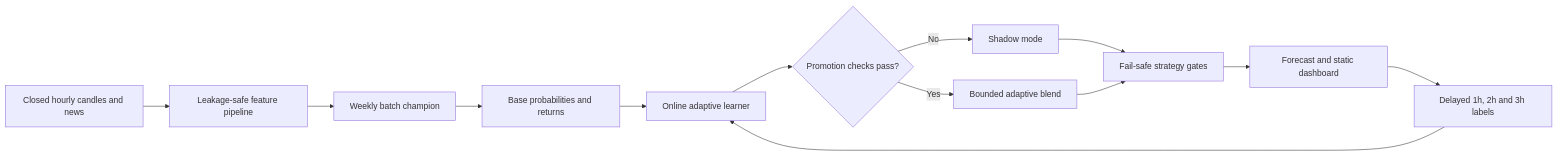
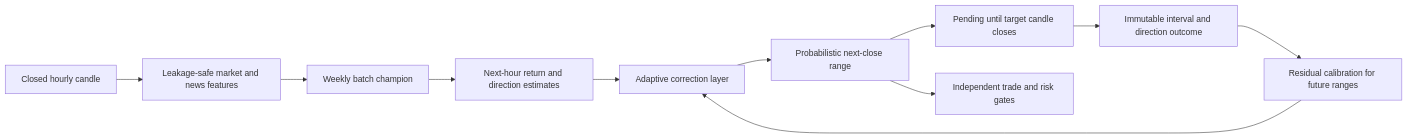
One commit to TheLouisMahdi/btc-hourly-forecast changed the diagram in README.md. Above: the diagram before and after it, drawn with Mermaid. The commit also changed other lines of this file, not shown here.

Commit message:
docs: document next-candle probabilistic forecasting

````diff
--- a/README.md
+++ b/README.md
@@ -52,15 +94,13 @@
 ```mermaid
 flowchart LR
-    A[Closed hourly candles and news] --> B[Leakage-safe feature pipeline]
+    A[Closed hourly candle] --> B[Leakage-safe market and news features]
     B --> C[Weekly batch champion]
-    C --> D[Base probabilities and returns]
-    D --> E[Online adaptive learner]
-    E --> F{Promotion checks pass?}
-    F -- No --> G[Shadow mode]
-    F -- Yes --> H[Bounded adaptive blend]
-    G --> I[Fail-safe strategy gates]
-    H --> I
-    I --> J[Forecast and static dashboard]
-    J --> K[Delayed 1h, 2h and 3h labels]
-    K --> E
+    C --> D[Next-hour return and direction estimates]
+    D --> E[Adaptive correction layer]
+    E --> F[Probabilistic next-close range]
+    F --> G[Pending until target candle closes]
+    G --> H[Immutable interval and direction outcome]
+    H --> I[Residual calibration for future ranges]
+    I --> E
+    F --> J[Independent trade and risk gates]
 ```
````
